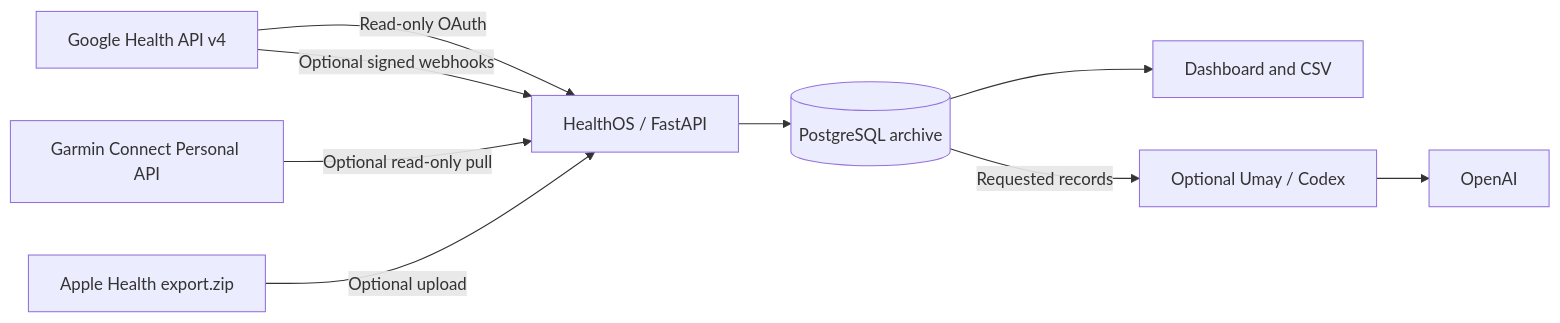
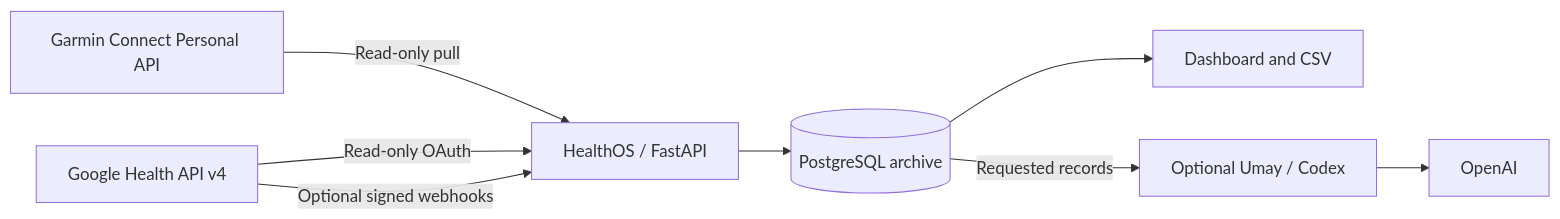
One commit to M3rgen/HealthOS changed the diagram in README.md. Above: the diagram before and after it, drawn with Mermaid. The commit also changed other lines of this file and 1279 other files, not shown here.

````diff
--- a/README.md
+++ b/README.md
@@ -78,11 +95,10 @@
 ```mermaid
 flowchart LR
-    G[Google Health API v4] -->|Read-only OAuth| A[HealthOS / FastAPI]
+    R[Garmin Connect Personal API] -->|Read-only pull| A[HealthOS / FastAPI]
+    G[Google Health API v4] -->|Read-only OAuth| A
     G -->|Optional signed webhooks| A
-    R[Garmin Connect Personal API] -->|Optional read-only pull| A
-    H[Apple Health export.zip] -->|Optional upload| A
     A --> P[(PostgreSQL archive)]
     P --> D[Dashboard and CSV]
     P -->|Requested records| U[Optional Umay / Codex]
     U --> O[OpenAI]
 ```
````
